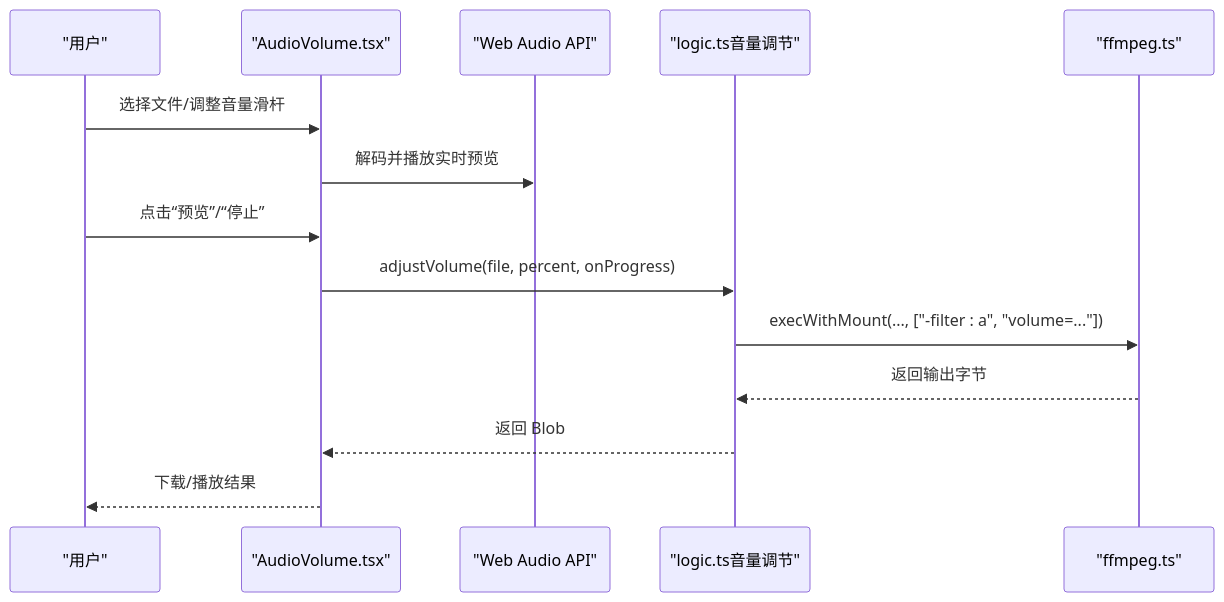
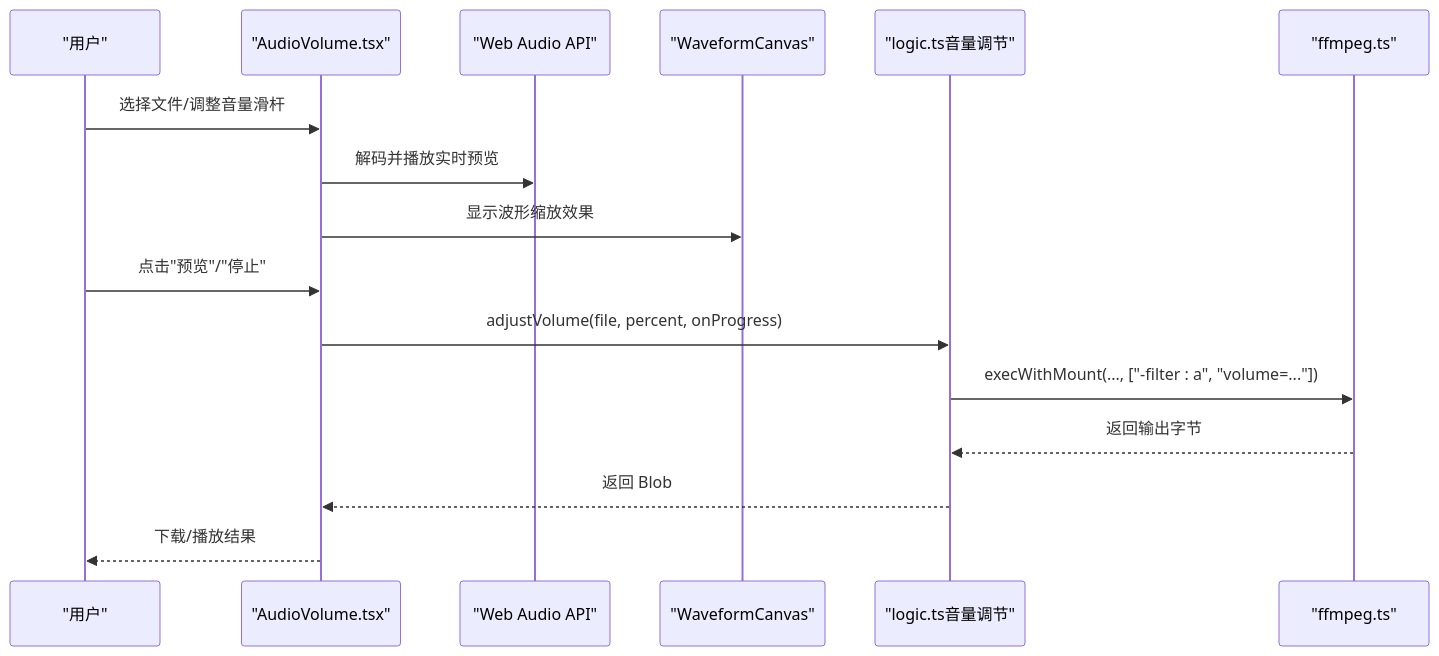
The sixth of 7 diagrams in .qoder/repowiki/zh/content/音频工具/音频工具.md (sgyy/privadeck), drawn with Mermaid before and after one commit. The commit also changed other lines of this file and 4 other files, not shown here.

````diff
--- a/.qoder/repowiki/zh/content/音频工具/音频工具.md
+++ b/.qoder/repowiki/zh/content/音频工具/音频工具.md
@@ -229,16 +247,18 @@
 ```mermaid
 sequenceDiagram
 participant U as "用户"
 participant UI as "AudioVolume.tsx"
 participant W as "Web Audio API"
+participant WC as "WaveformCanvas"
 participant L as "logic.ts音量调节"
 participant F as "ffmpeg.ts"
 U->>UI : 选择文件/调整音量滑杆
 UI->>W : 解码并播放实时预览
-U->>UI : 点击“预览”/“停止”
+UI->>WC : 显示波形缩放效果
+U->>UI : 点击"预览"/"停止"
 UI->>L : adjustVolume(file, percent, onProgress)
 L->>F : execWithMount(..., ["-filter : a", "volume=..."])
 F-->>L : 返回输出字节
 L-->>UI : 返回 Blob
 UI-->>U : 下载/播放结果
 ```
````
